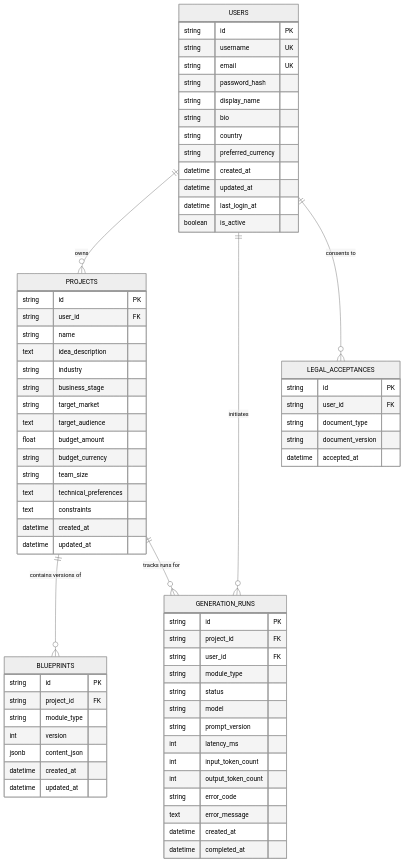
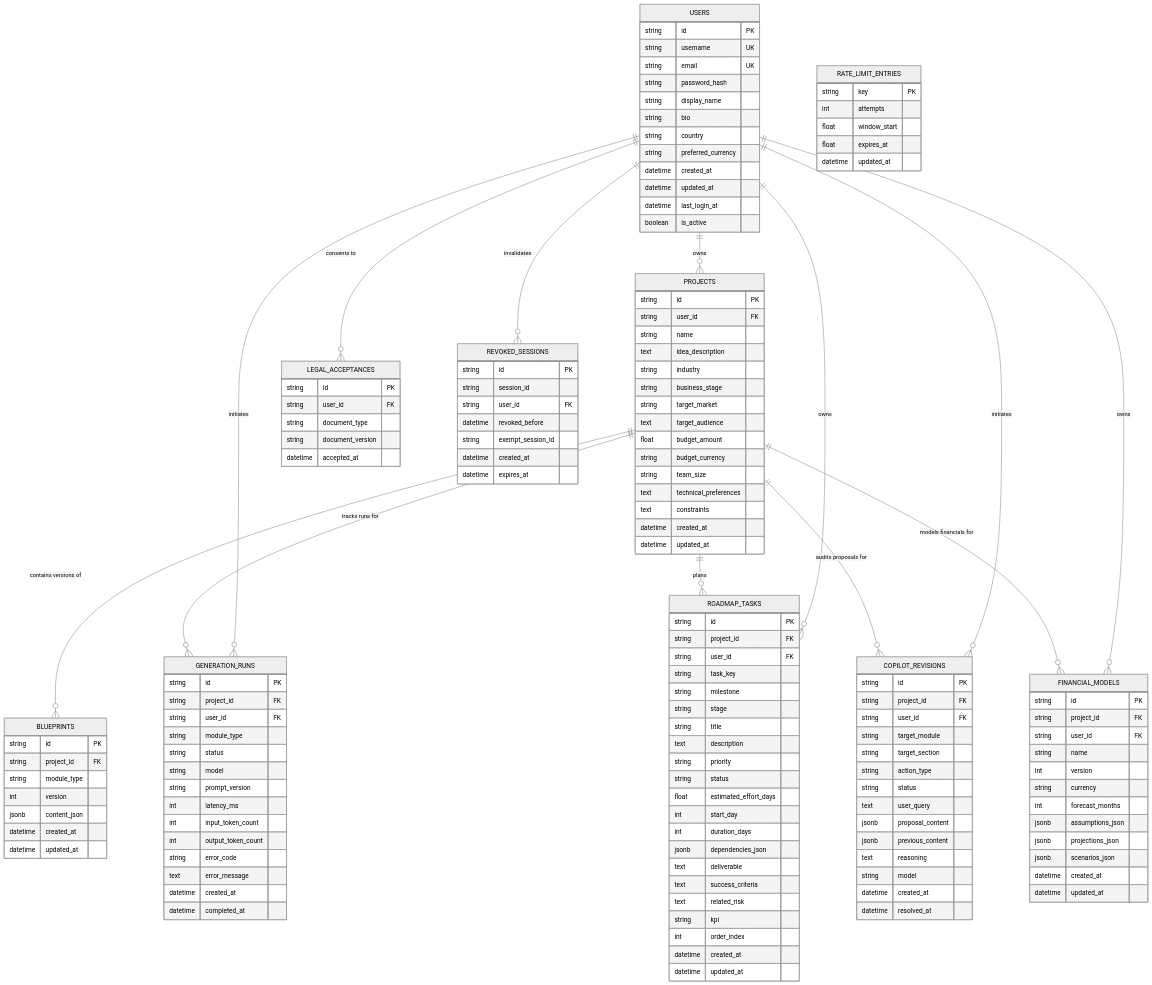
One commit to hannyjangir1-commits/BusinessModelHelper changed the diagram in docs/DATABASE.md. Above: the diagram before and after it, drawn with Mermaid (neutral theme). The commit also changed other lines of this file and 92 other files, not shown here.

````diff
--- a/docs/DATABASE.md
+++ b/docs/DATABASE.md
@@ -11,8 +11,16 @@
     USERS ||--o{ PROJECTS : "owns"
     USERS ||--o{ GENERATION_RUNS : "initiates"
     USERS ||--o{ LEGAL_ACCEPTANCES : "consents to"
+    USERS ||--o{ ROADMAP_TASKS : "owns"
+    USERS ||--o{ COPILOT_REVISIONS : "initiates"
+    USERS ||--o{ FINANCIAL_MODELS : "owns"
+    USERS ||--o{ REVOKED_SESSIONS : "invalidates"
+
     PROJECTS ||--o{ BLUEPRINTS : "contains versions of"
     PROJECTS ||--o{ GENERATION_RUNS : "tracks runs for"
+    PROJECTS ||--o{ ROADMAP_TASKS : "plans"
+    PROJECTS ||--o{ COPILOT_REVISIONS : "audits proposals for"
+    PROJECTS ||--o{ FINANCIAL_MODELS : "models financials for"
 
     USERS {
         string id PK
@@ -57,6 +65,62 @@
         datetime updated_at
     }
 
+    ROADMAP_TASKS {
+        string id PK
+        string project_id FK
+        string user_id FK
+        string task_key
+        string milestone
+        string stage
+        string title
+        text description
+        string priority
+        string status
+        float estimated_effort_days
+        int start_day
+        int duration_days
+        jsonb dependencies_json
+        text deliverable
+        text success_criteria
+        text related_risk
+        string kpi
+        int order_index
+        datetime created_at
+        datetime updated_at
+    }
+
+    COPILOT_REVISIONS {
+        string id PK
+        string project_id FK
+        string user_id FK
+        string target_module
+        string target_section
+        string action_type
+        string status
+        text user_query
+        jsonb proposal_content
+        jsonb previous_content
+        text reasoning
+        string model
+        datetime created_at
+        datetime resolved_at
+    }
+
+    FINANCIAL_MODELS {
+        string id PK
+        string project_id FK
+        string user_id FK
+        string name
+        int version
+        string currency
+        int forecast_months
+        jsonb assumptions_json
+        jsonb projections_json
+        jsonb scenarios_json
+        datetime created_at
+        datetime updated_at
+    }
+
     GENERATION_RUNS {
         string id PK
         string project_id FK
@@ -81,4 +145,22 @@
         string document_version
         datetime accepted_at
     }
+
+    REVOKED_SESSIONS {
+        string id PK
+        string session_id
+        string user_id FK
+        datetime revoked_before
+        string exempt_session_id
+        datetime created_at
+        datetime expires_at
+    }
+
+    RATE_LIMIT_ENTRIES {
+        string key PK
+        int attempts
+        float window_start
+        float expires_at
+        datetime updated_at
+    }
 ```
````
